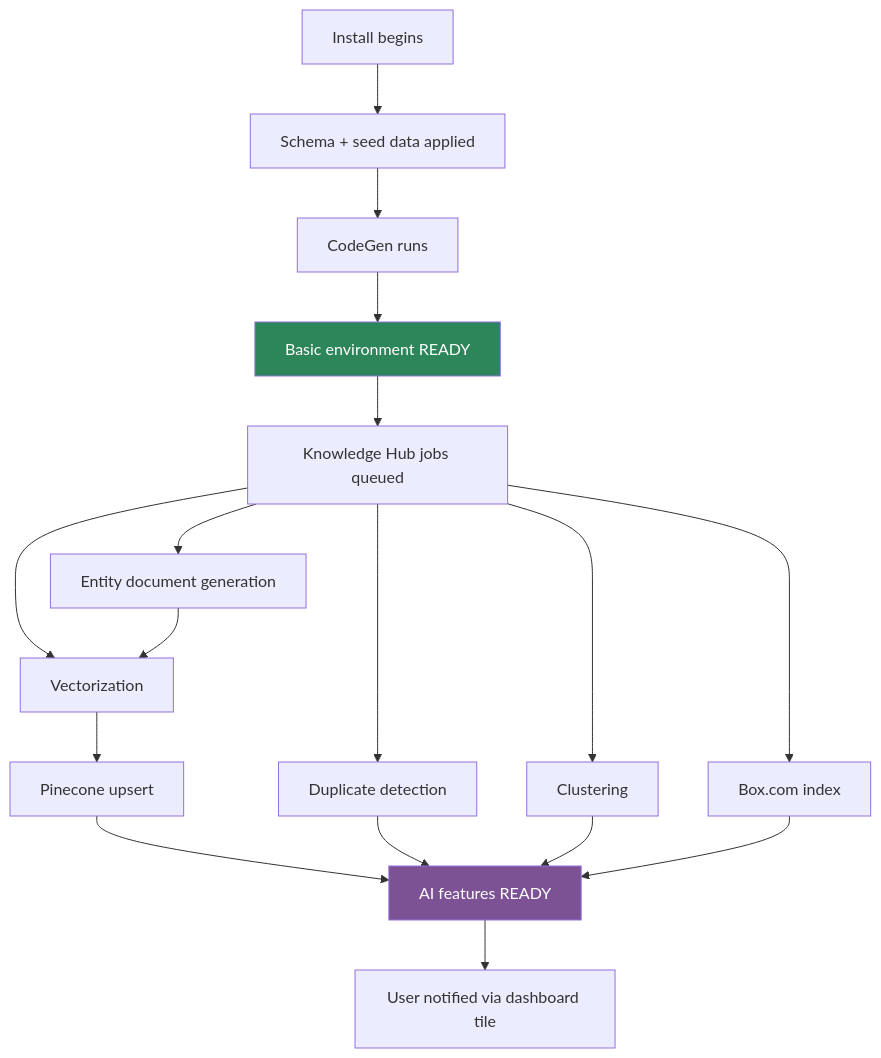
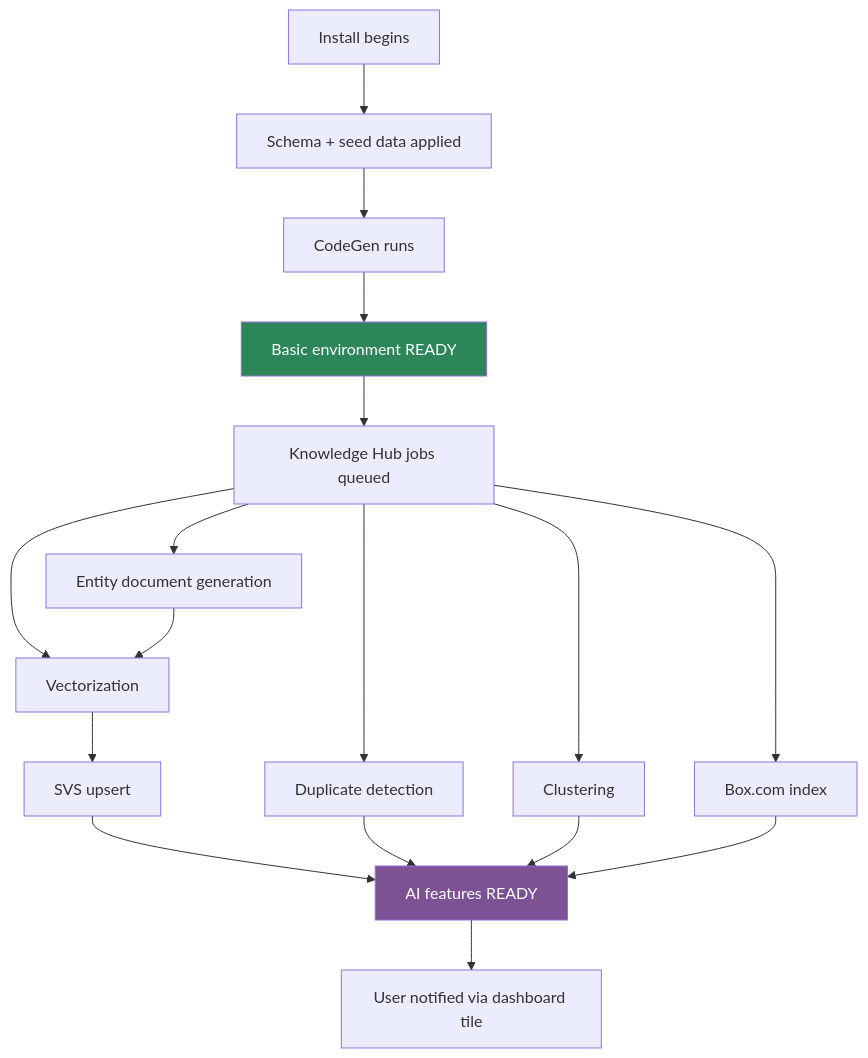
Before and after one commit to MemberJunction/MJ: the sixth of 8 diagrams in plans/association-db/v2-plan.md, drawn with Mermaid. The commit also changed other lines of this file, not shown here.

````diff
--- a/plans/association-db/v2-plan.md
+++ b/plans/association-db/v2-plan.md
@@ -500,22 +497,22 @@
 ```mermaid
 flowchart TD
     Start[Install begins] --> Basic[Schema + seed data applied]
     Basic --> CodeGen[CodeGen runs]
     CodeGen --> Ready1[Basic environment READY]
     Ready1 --> KHSetup[Knowledge Hub jobs queued]
     KHSetup --> ED[Entity document generation]
     KHSetup --> VEC[Vectorization]
     KHSetup --> DUP[Duplicate detection]
     KHSetup --> CLU[Clustering]
     KHSetup --> BOX[Box.com index]
     ED --> VEC
-    VEC --> Pinecone[Pinecone upsert]
-    Pinecone --> Ready2[AI features READY]
+    VEC --> SVS[SVS upsert]
+    SVS --> Ready2[AI features READY]
     DUP --> Ready2
     CLU --> Ready2
     BOX --> Ready2
     Ready2 --> Notify[User notified via dashboard tile]
 
     style Ready1 fill:#2d8659,color:#fff
     style Ready2 fill:#7c5295,color:#fff
 ```
````
